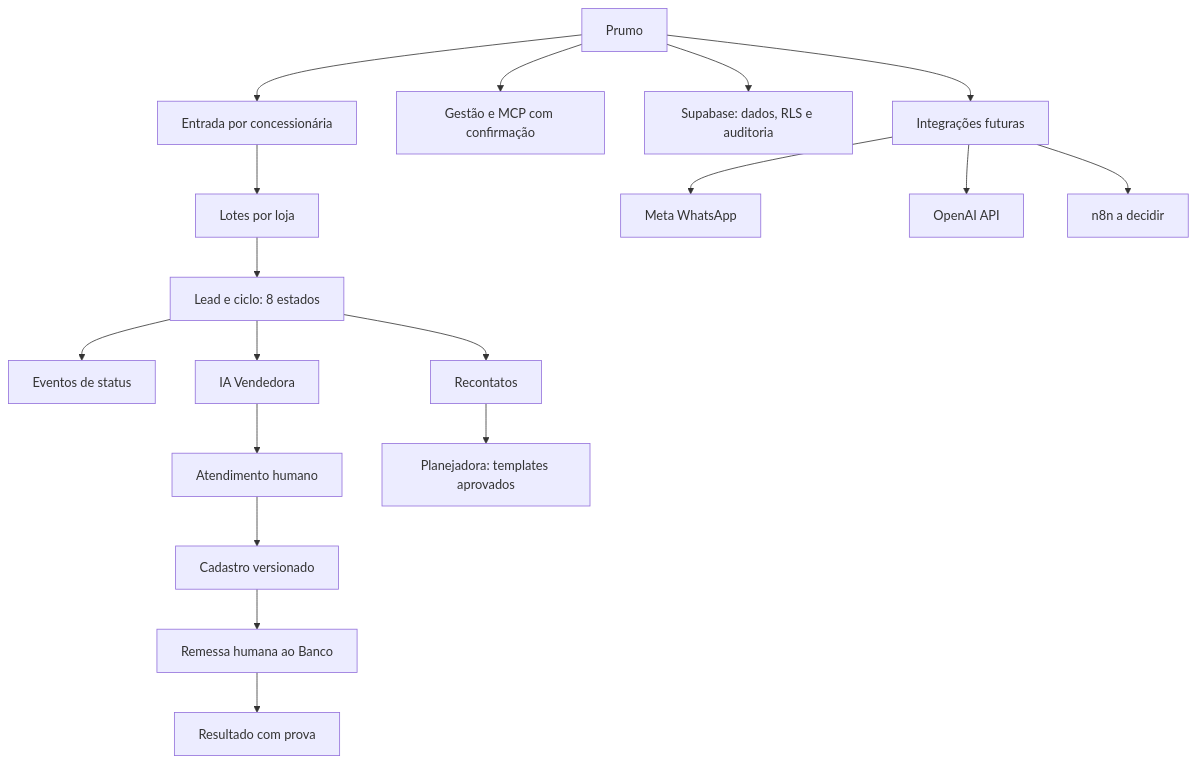
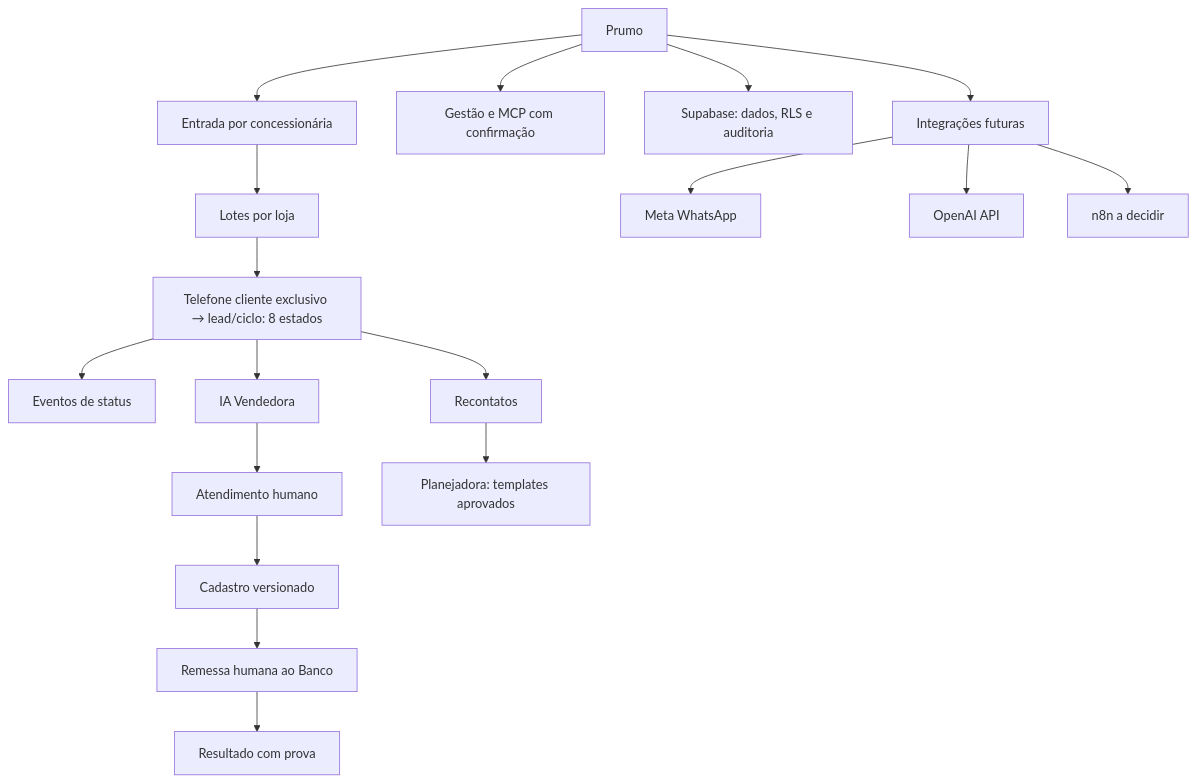
One commit to prumogrowth/Prumo-Growth-Platform-V2 changed the diagram in docs/MAPA_MENTAL.md. Above: the diagram before and after it, drawn with Mermaid. The commit also changed other lines of this file, not shown here.

Commit message:
docs(auditoria): alinhar exclusividade global, testes e pendencias

````diff
--- a/docs/MAPA_MENTAL.md
+++ b/docs/MAPA_MENTAL.md
@@ -3,20 +3,20 @@
 ```mermaid
 flowchart TD
   P[Prumo] --> E[Entrada por concessionária]
   E --> IMP[Lotes por loja]
-  IMP --> L[Lead e ciclo: 8 estados]
+  IMP --> L[Telefone cliente exclusivo → lead/ciclo: 8 estados]
   L --> EV[Eventos de status]
   L --> IA[IA Vendedora]
   IA --> H[Atendimento humano]
   H --> CAD[Cadastro versionado]
   CAD --> BAN[Remessa humana ao Banco]
   BAN --> RES[Resultado com prova]
   L --> REC[Recontatos]
   REC --> PLA[Planejadora: templates aprovados]
   P --> ADM[Gestão e MCP com confirmação]
   P --> DB[Supabase: dados, RLS e auditoria]
   P --> INT[Integrações futuras]
   INT --> WA[Meta WhatsApp]
   INT --> OAI[OpenAI API]
   INT --> N[n8n a decidir]
 ```
````
